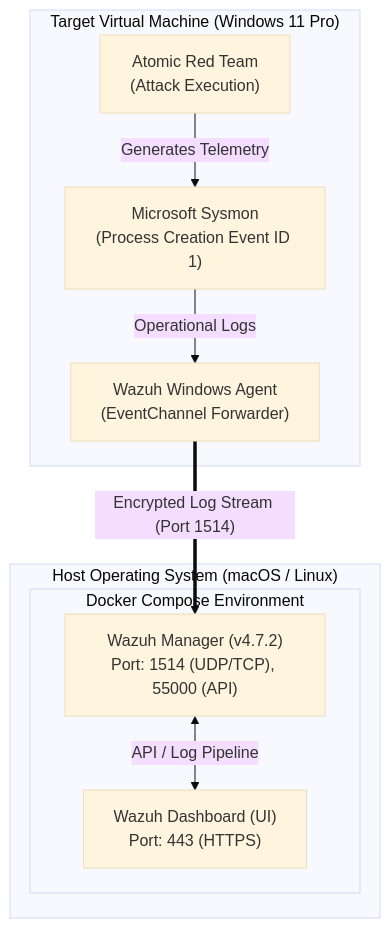
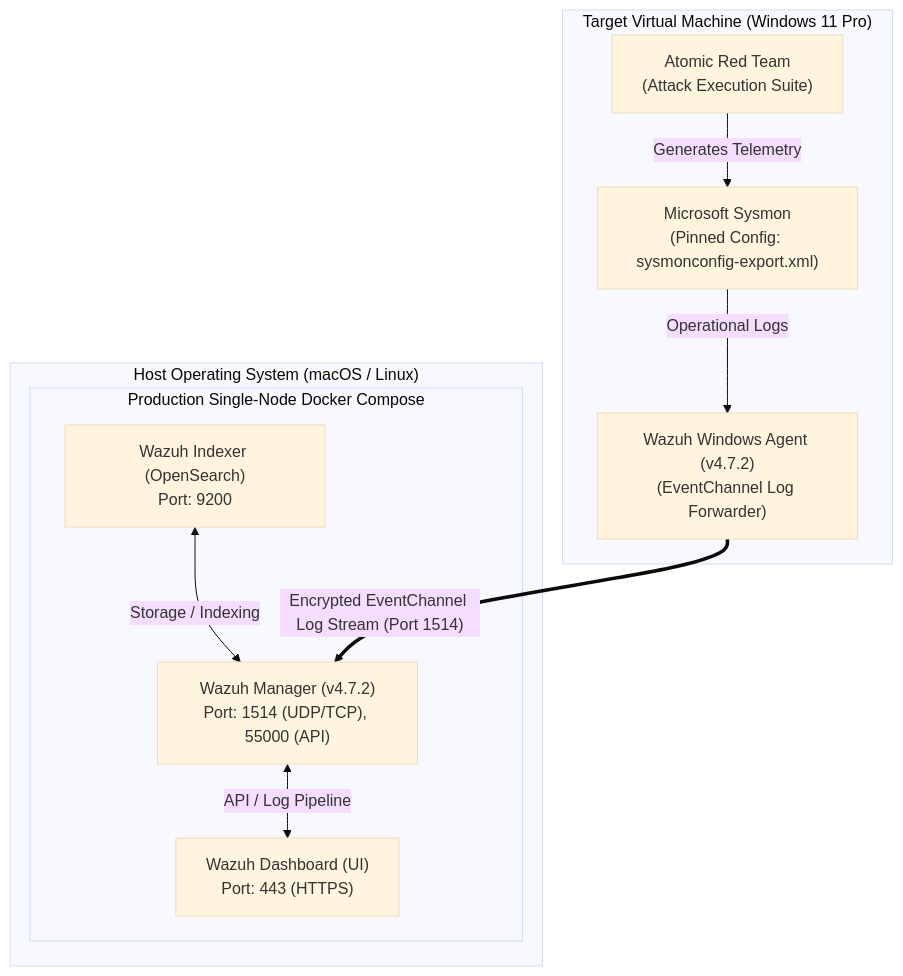
The diagram in README.md (sanjaypramodprathibha/detection-engineering-lab), drawn with Mermaid (base theme) before and after one commit. The commit also changed other lines of this file and 13 other files, not shown here.

Commit message:
v1.1.0 Release: Production single-node Docker stack, MIT License, Sysmon config pinning, Atomic Red Team execution guide, tightened rules, and technical report refinements

````diff
--- a/README.md
+++ b/README.md
@@ -21,20 +23,22 @@
 ```mermaid
 flowchart TD
     subgraph Host["Host Operating System (macOS / Linux)"]
-        subgraph DockerCompose["Docker Compose Environment"]
+        subgraph DockerCompose["Production Single-Node Docker Compose"]
+            WI["Wazuh Indexer (OpenSearch)<br>Port: 9200"]
             WM["Wazuh Manager (v4.7.2)<br>Port: 1514 (UDP/TCP), 55000 (API)"]
             WD["Wazuh Dashboard (UI)<br>Port: 443 (HTTPS)"]
+            WI <-->|Storage / Indexing| WM
             WM <-->|API / Log Pipeline| WD
         end
     end
 
     subgraph TargetVM["Target Virtual Machine (Windows 11 Pro)"]
-        ART["Atomic Red Team<br>(Attack Execution)"]
-        SYS["Microsoft Sysmon<br>(Process Creation Event ID 1)"]
-        WA["Wazuh Windows Agent<br>(EventChannel Forwarder)"]
+        ART["Atomic Red Team<br>(Attack Execution Suite)"]
+        SYS["Microsoft Sysmon<br>(Pinned Config: sysmonconfig-export.xml)"]
+        WA["Wazuh Windows Agent (v4.7.2)<br>(EventChannel Log Forwarder)"]
         ART -->|Generates Telemetry| SYS
         SYS -->|Operational Logs| WA
     end
 
-    WA == "Encrypted Log Stream (Port 1514)" ==> WM
+    WA == "Encrypted EventChannel Log Stream (Port 1514)" ==> WM
 ```
````
